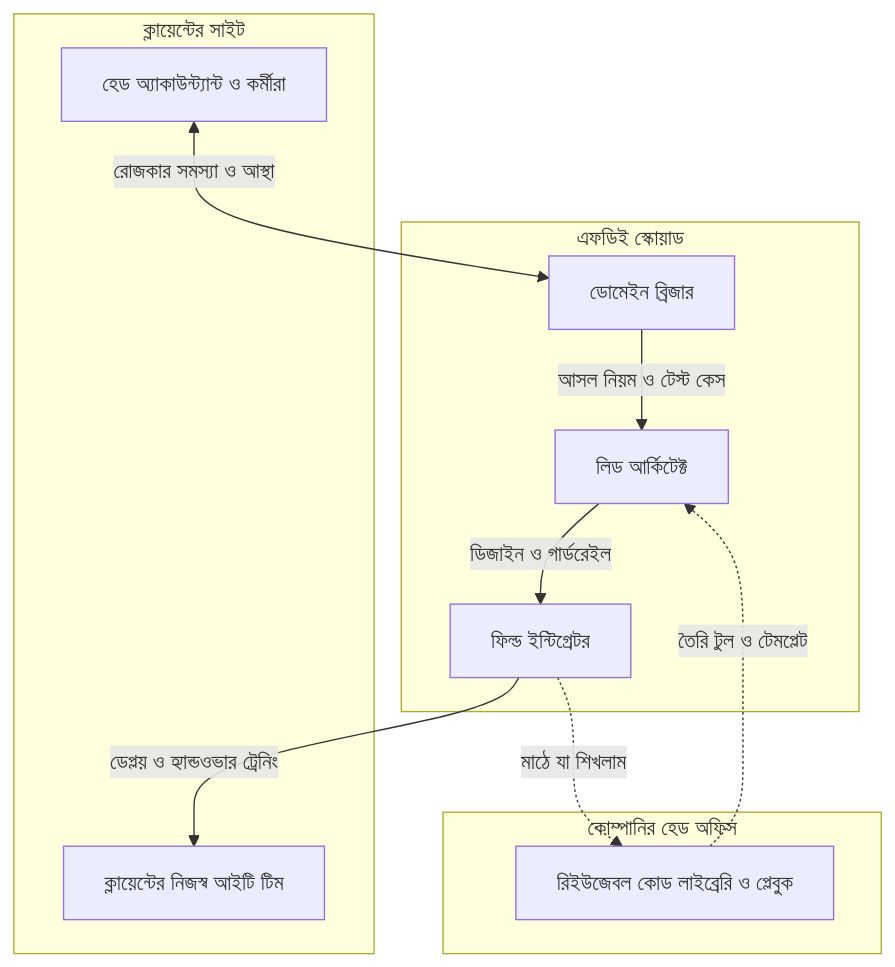
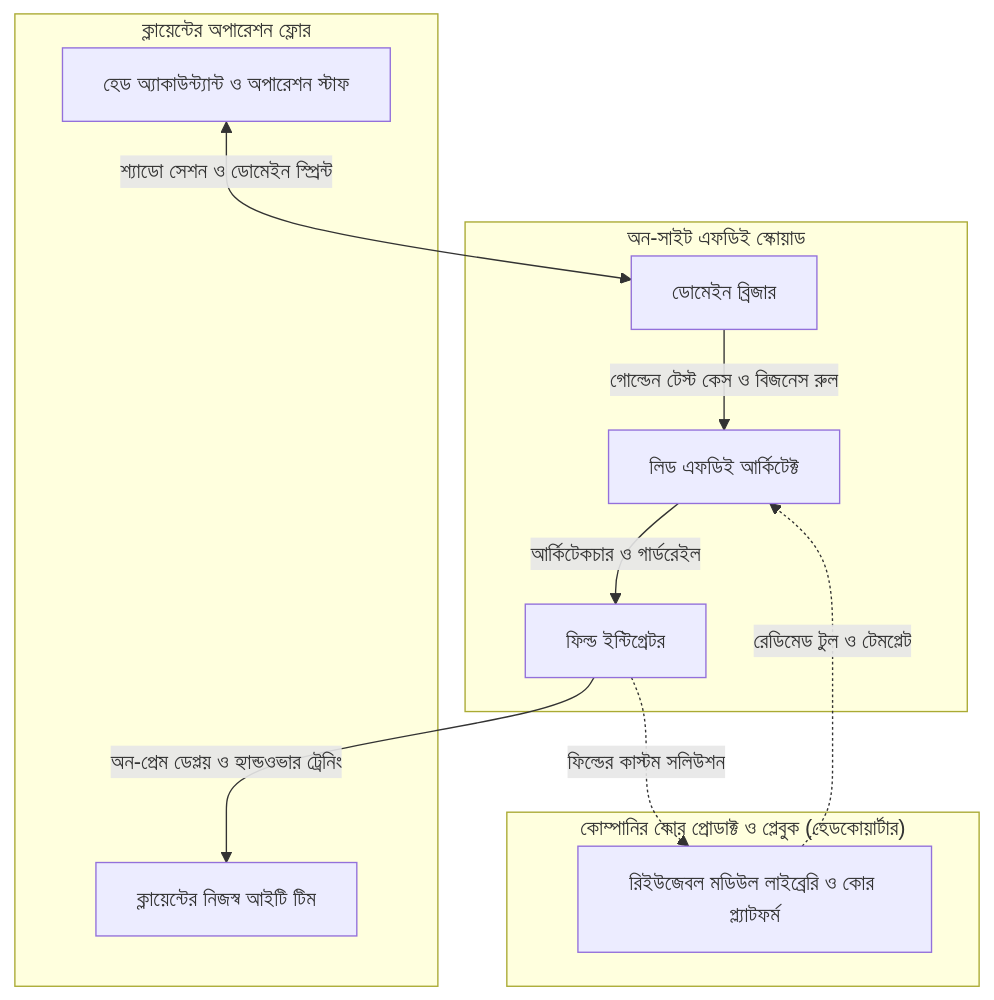
One commit to aiwithr/fde_book changed the diagram in docs/chapter-5/index.md. Above: the diagram before and after it, drawn with Mermaid. The commit also changed other lines of this file and 9 other files, not shown here.

````diff
--- a/docs/chapter-5/index.md
+++ b/docs/chapter-5/index.md
@@ -52,24 +48,24 @@
 ```mermaid
 flowchart TD
-    subgraph Client["ক্লায়েন্টের সাইট"]
-        K1["হেড অ্যাকাউন্ট্যান্ট ও কর্মীরা"]
+    subgraph Client["ক্লায়েন্টের অপারেশন ফ্লোর"]
+        K1["হেড অ্যাকাউন্ট্যান্ট ও অপারেশন স্টাফ"]
         K2["ক্লায়েন্টের নিজস্ব আইটি টিম"]
     end
 
-    subgraph Squad["এফডিই স্কোয়াড"]
+    subgraph Squad["অন-সাইট এফডিই স্কোয়াড"]
         S1["ডোমেইন ব্রিজার"]
-        S3["লিড আর্কিটেক্ট"]
+        S3["লিড এফডিই আর্কিটেক্ট"]
         S2["ফিল্ড ইন্টিগ্রেটর"]
     end
 
-    subgraph Home["কোম্পানির হেড অফিস"]
-        H1["রিইউজেবল কোড লাইব্রেরি ও প্লেবুক"]
+    subgraph Home["কোম্পানির কোর প্রোডাক্ট ও প্লেবুক (হেডকোয়ার্টার)"]
+        H1["রিইউজেবল মডিউল লাইব্রেরি ও কোর প্ল্যাটফর্ম"]
     end
 
-    K1 <-->|"রোজকার সমস্যা ও আস্থা"| S1
-    S1 -->|"আসল নিয়ম ও টেস্ট কেস"| S3
-    S3 -->|"ডিজাইন ও গার্ডরেইল"| S2
-    S2 -->|"ডেপ্লয় ও হ্যান্ডওভার ট্রেনিং"| K2
-    S2 -.->|"মাঠে যা শিখলাম"| H1
-    H1 -.->|"তৈরি টুল ও টেমপ্লেট"| S3
+    K1 <-->|"শ্যাডো সেশন ও ডোমেইন স্প্রিন্ট"| S1
+    S1 -->|"গোল্ডেন টেস্ট কেস ও বিজনেস রুল"| S3
+    S3 -->|"আর্কিটেকচার ও গার্ডরেইল"| S2
+    S2 -->|"অন-প্রেম ডেপ্লয় ও হ্যান্ডওভার ট্রেনিং"| K2
+    S2 -.->|"ফিল্ডের কাস্টম সলিউশন"| H1
+    H1 -.->|"রেডিমেড টুল ও টেমপ্লেট"| S3
 ```
````
